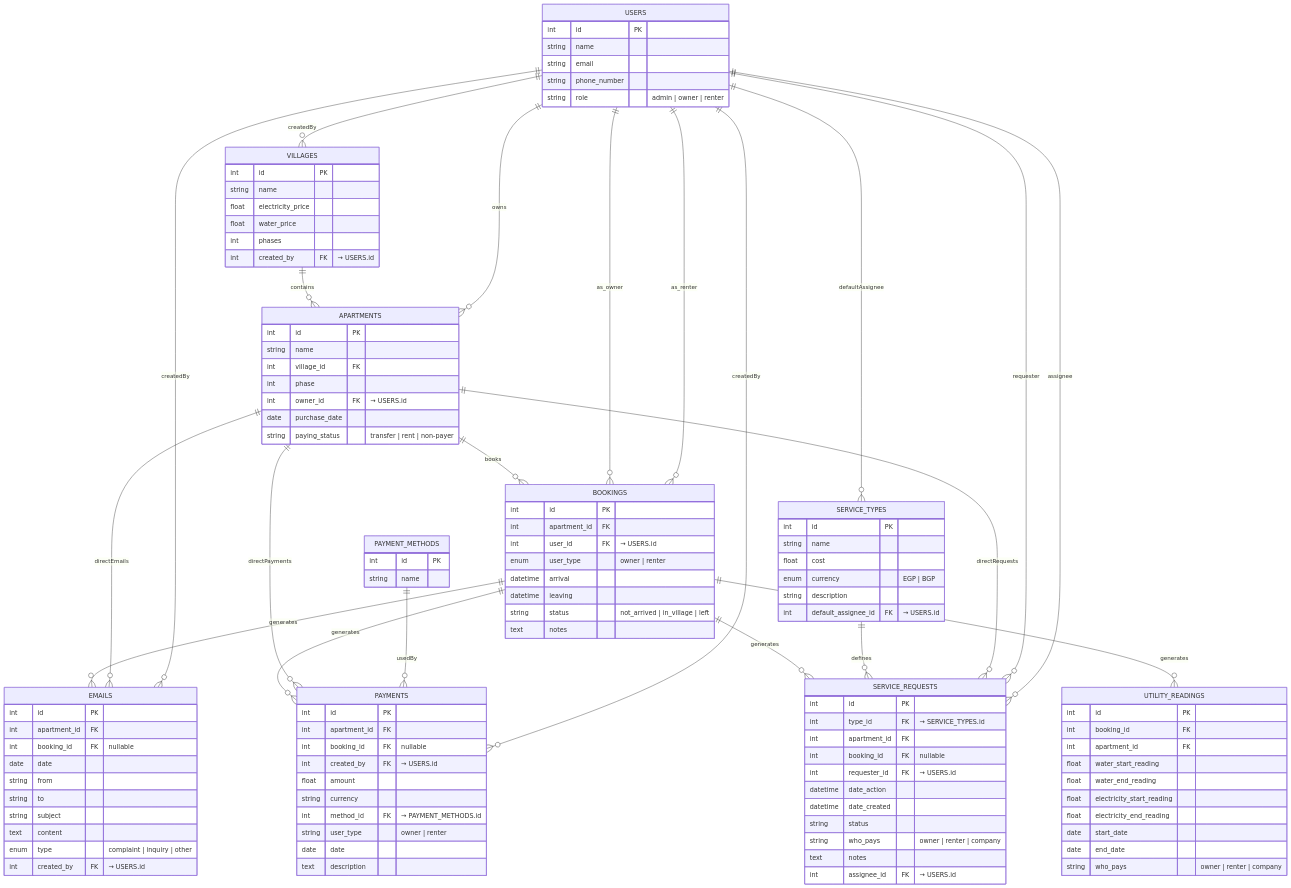
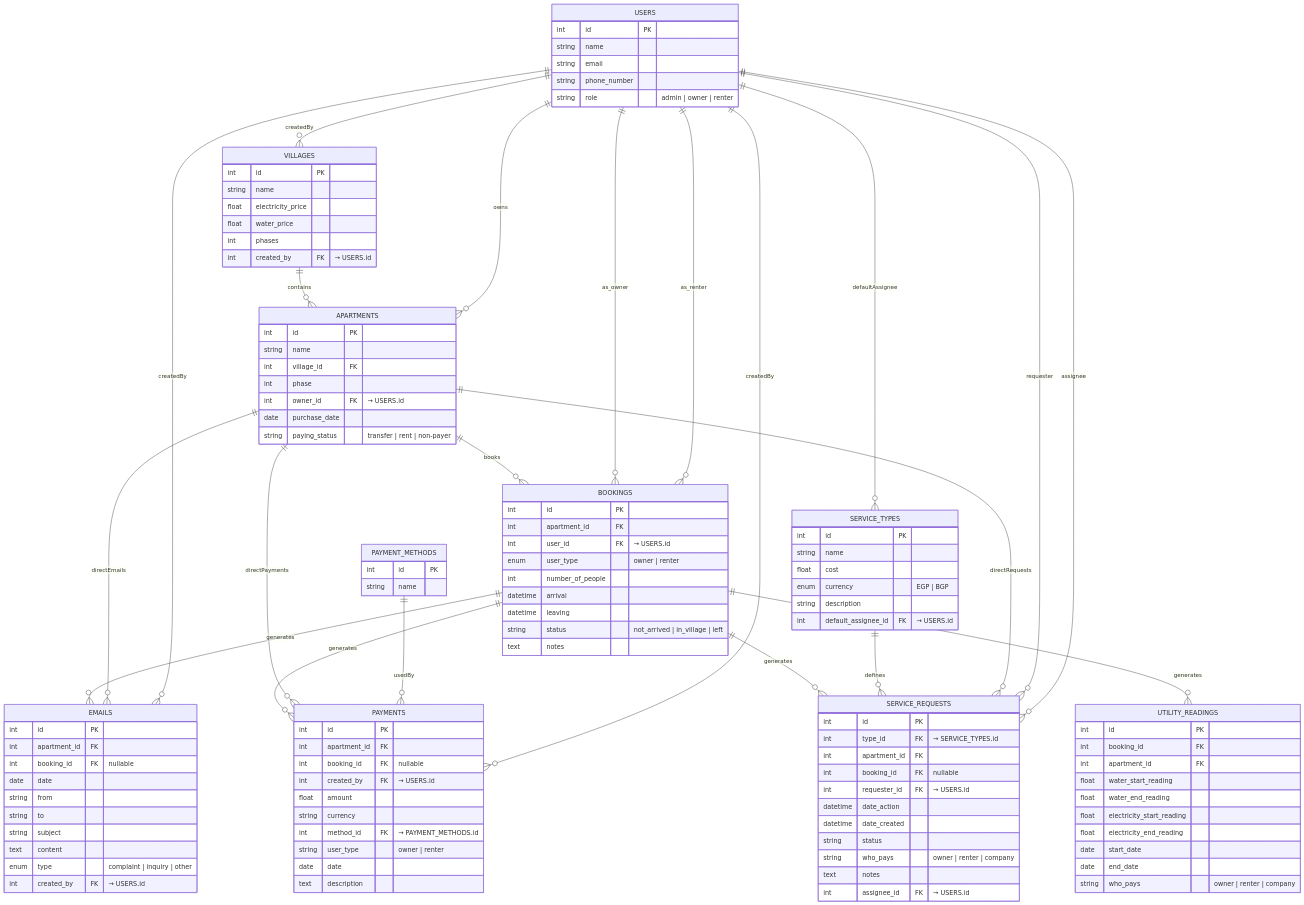
Before and after one commit to Apolo151/tourist-village-app: the diagram in docs/ERD.md, drawn with Mermaid. The commit also changed 55 other files, not shown here.

```diff
--- a/docs/ERD.md
+++ b/docs/ERD.md
@@ -31,6 +31,7 @@
         int    apartment_id FK
         int    user_id      FK "→ USERS.id"
         enum   user_type     "owner | renter"
+        int    number_of_people
         datetime arrival
         datetime leaving
         string status        "not_arrived | in_village | left"
```
